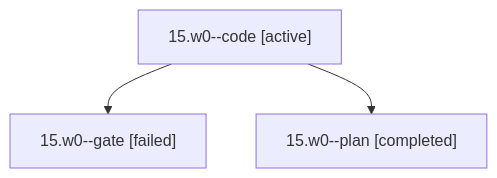
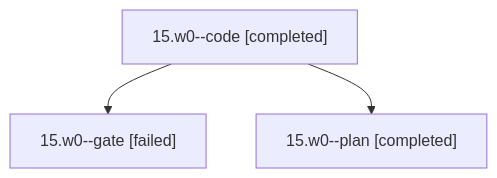
The diagram in sessions/bbugyi200.apollo.15.w0.md (sase-org/sase--agents), drawn with Mermaid before and after one commit. The commit also changed other lines of this file and 26 other files, not shown here.

````diff
--- a/sessions/bbugyi200.apollo.15.w0.md
+++ b/sessions/bbugyi200.apollo.15.w0.md
@@ -9,8 +9,8 @@
 ```mermaid
 flowchart TD
-  n0["15.w0--code [active]"]
+  n0["15.w0--code [completed]"]
   n1["15.w0--gate [failed]"]
   n0 --> n1
   n2["15.w0--plan [completed]"]
   n0 --> n2
 ```
````
